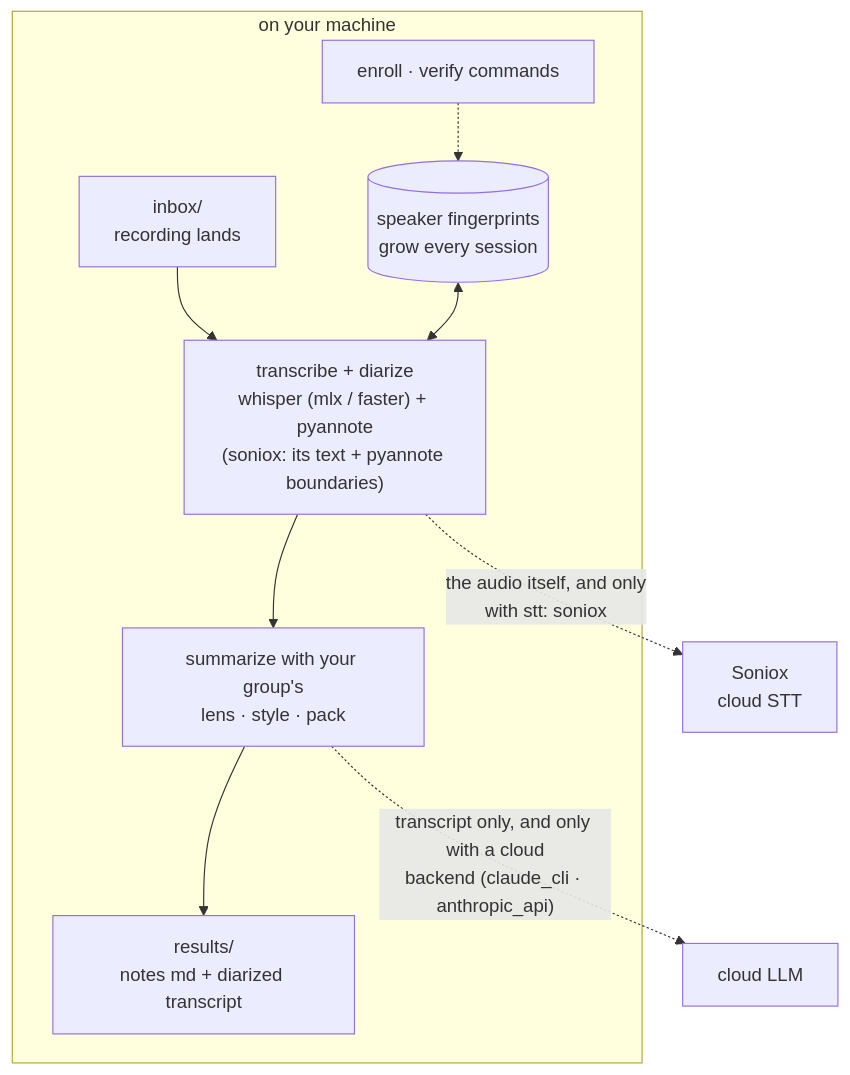
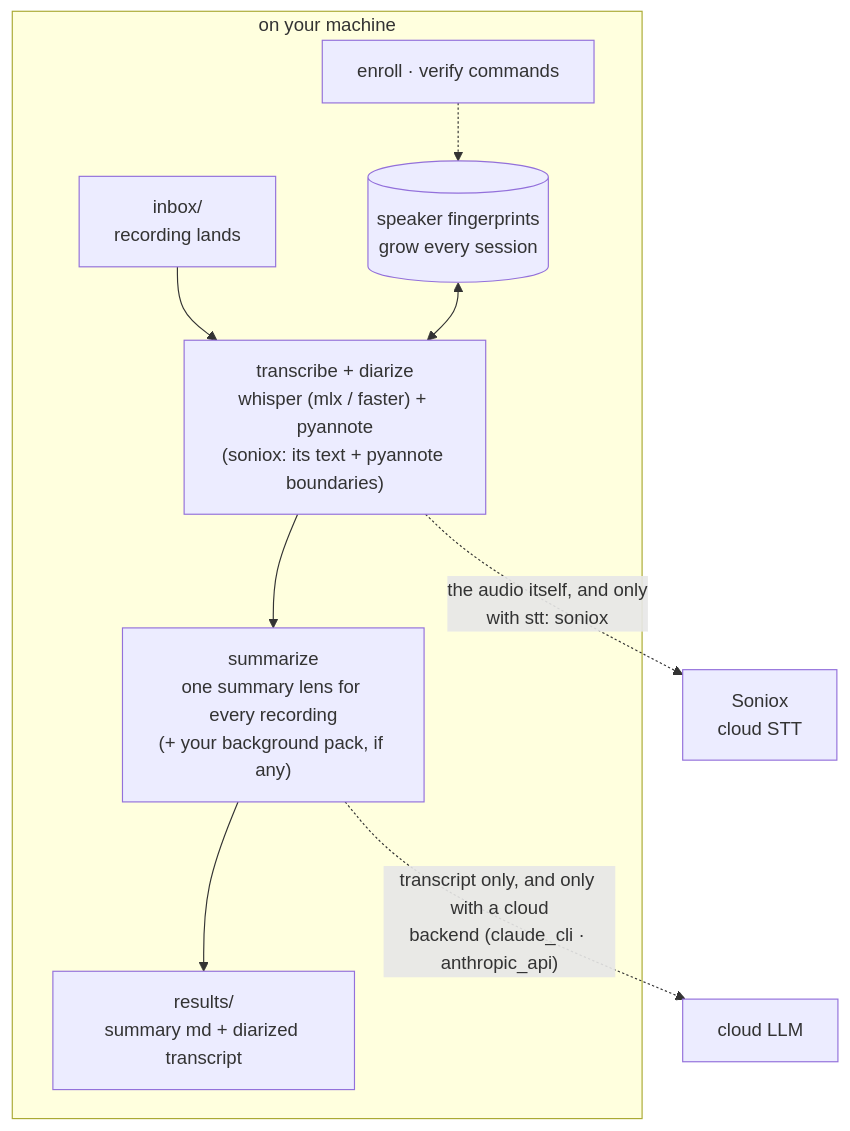
Before and after one commit to kemy-ai/moim-scribe: the diagram in README.md, drawn with Mermaid. The commit also changed other lines of this file and 35 other files, not shown here.

First line of the commit message:
Drop recording types: one inbox, one summary lens

````diff
--- a/README.md
+++ b/README.md
@@ -13,12 +13,12 @@
 ```mermaid
 flowchart TD
     subgraph machine["on your machine"]
         A["inbox/<br>recording lands"] --> B["transcribe + diarize<br>whisper (mlx / faster) + pyannote<br>(soniox: its text + pyannote boundaries)"]
         FP[("speaker fingerprints<br>grow every session")] <--> B
-        B --> C["summarize with your group's<br>lens · style · pack"]
-        C --> D["results/<br>notes md + diarized transcript"]
+        B --> C["summarize<br>one summary lens for every recording<br>(+ your background pack, if any)"]
+        C --> D["results/<br>summary md + diarized transcript"]
         V["enroll · verify commands"] -.-> FP
     end
     B -.->|"the audio itself, and only<br>with stt: soniox"| STT["Soniox<br>cloud STT"]
     C -.->|"transcript only, and only with a cloud<br>backend (claude_cli · anthropic_api)"| LLM["cloud LLM"]
 ```
````
